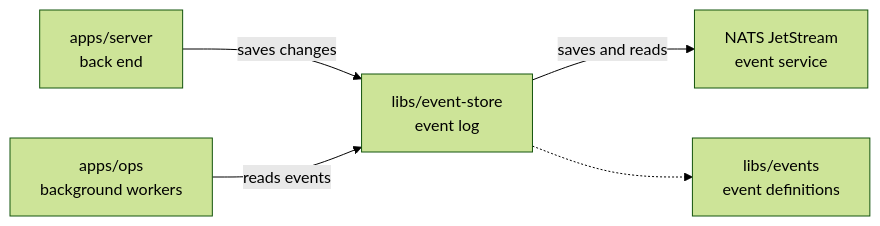
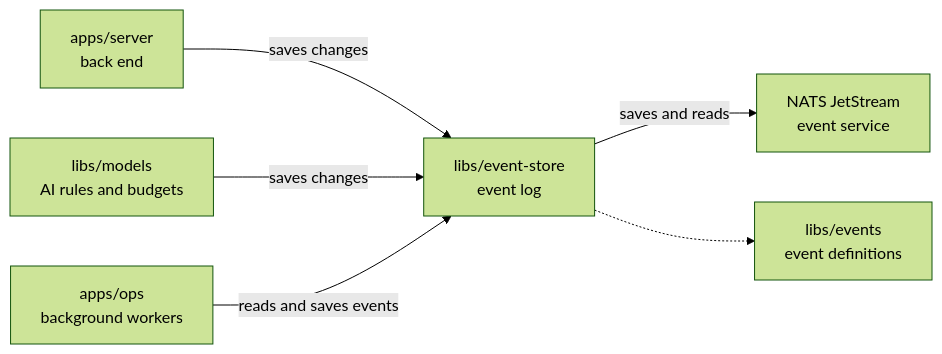
One commit to elewa-git/opencrane-new changed the diagram in libs/event-store/README.md. Above: the diagram before and after it, drawn with Mermaid (forest theme). The commit also changed other lines of this file and 4 other files, not shown here.

````diff
--- a/libs/event-store/README.md
+++ b/libs/event-store/README.md
@@ -18,7 +22,8 @@
 ```mermaid
 flowchart LR
   server["apps/server<br/>back end"] -->|saves changes| store["libs/event-store<br/>event log"]
-  ops["apps/ops<br/>background workers"] -->|reads events| store
+  models["libs/models<br/>AI rules and budgets"] -->|saves changes| store
+  ops["apps/ops<br/>background workers"] -->|reads and saves events| store
   store -->|saves and reads| nats["NATS JetStream<br/>event service"]
   store -.-> events["libs/events<br/>event definitions"]
 ```
````
